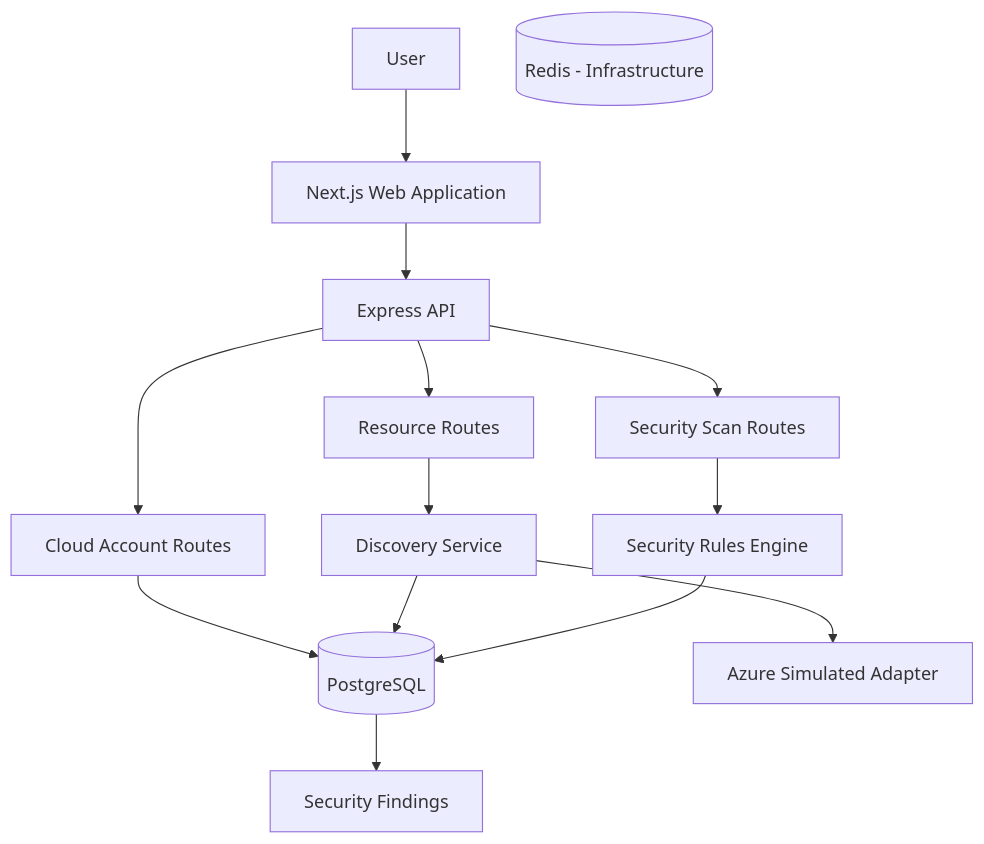
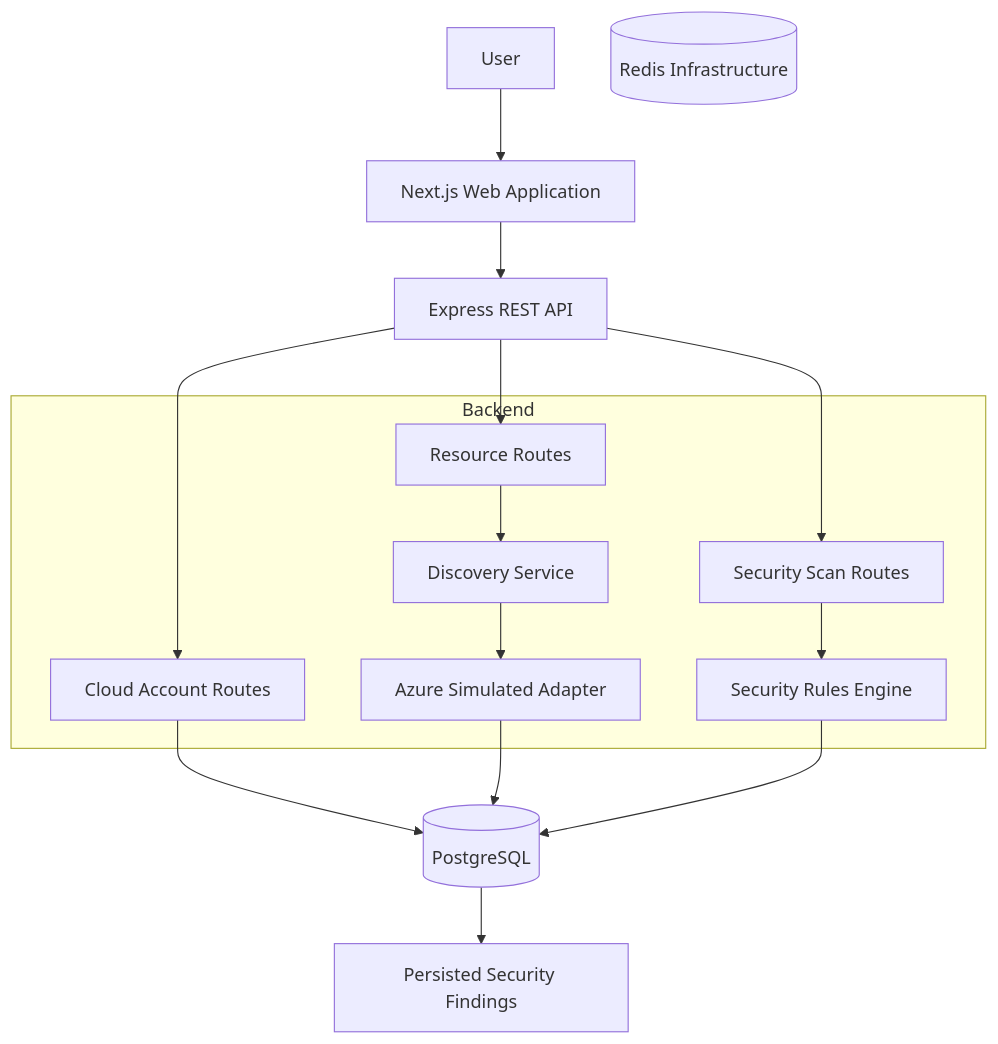
Before and after one commit to manjunath-noval/cloud-security-intelligence: the diagram in README.md, drawn with Mermaid. The commit also changed other lines of this file, not shown here.

````diff
--- a/README.md
+++ b/README.md
@@ -95,16 +210,35 @@
 ```mermaid
 flowchart TD
-    U[User] --> WEB[Next.js Web Application]
-    WEB --> API[Express API]
-    API --> AC[Cloud Account Routes]
-    API --> RES[Resource Routes]
-    API --> SEC[Security Scan Routes]
-    AC --> DB[(PostgreSQL)]
-    RES --> DISC[Discovery Service]
-    DISC --> AZ[Azure Simulated Adapter]
-    DISC --> DB
-    SEC --> RULES[Security Rules Engine]
-    RULES --> DB
-    DB --> FIND[Security Findings]
-    REDIS[(Redis - Infrastructure)]
+    USER[User]
+    WEB[Next.js Web Application]
+    API[Express REST API]
+
+    subgraph Backend
+        AC[Cloud Account Routes]
+        RES[Resource Routes]
+        SCAN[Security Scan Routes]
+        DISC[Discovery Service]
+        AZ[Azure Simulated Adapter]
+        ENGINE[Security Rules Engine]
+    end
+
+    DB[(PostgreSQL)]
+    REDIS[(Redis Infrastructure)]
+
+    USER --> WEB
+    WEB --> API
+
+    API --> AC
+    API --> RES
+    API --> SCAN
+
+    AC --> DB
+    RES --> DISC
+    DISC --> AZ
+    AZ --> DB
+
+    SCAN --> ENGINE
+    ENGINE --> DB
+
+    DB --> FINDINGS[Persisted Security Findings]
 ```
````
